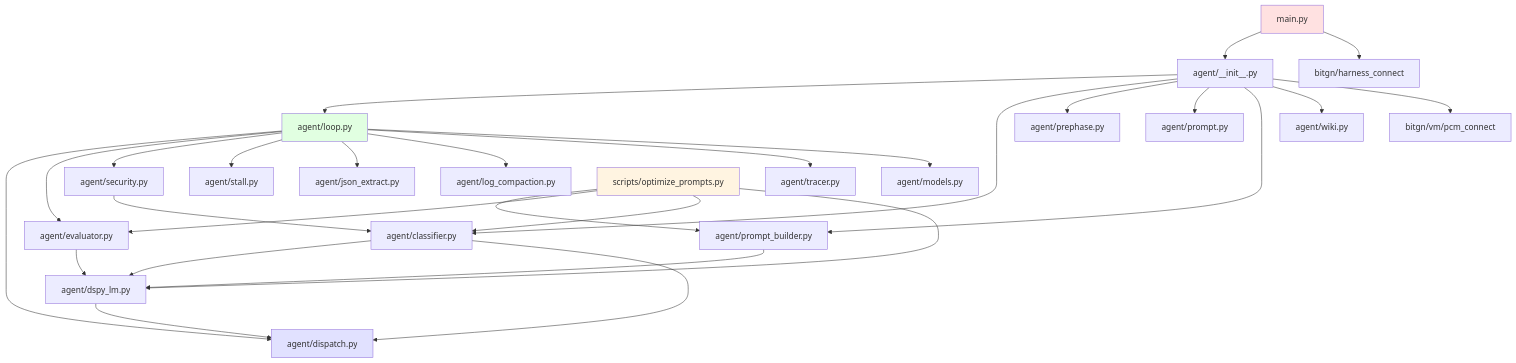
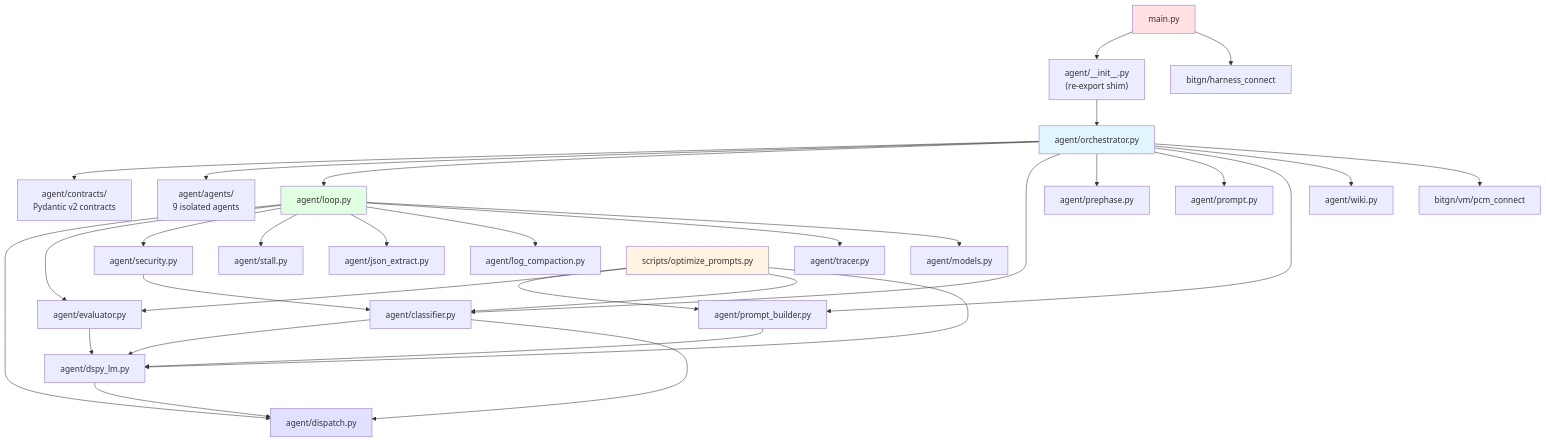
The second of 2 diagrams in docs/architecture/README.md (ikeniborn/pac1-tool), drawn with Mermaid before and after one commit. The commit also changed other lines of this file, not shown here.

Commit message:
docs(arch): update README — add Hub-and-Spoke to module tree and tables

````diff
--- a/docs/architecture/README.md
+++ b/docs/architecture/README.md
@@ -71,40 +72,44 @@
 ```mermaid
 graph TD
-    main[main.py] --> agent_init[agent/__init__.py]
+    main[main.py] --> agent_init["agent/__init__.py\n(re-export shim)"]
     main --> harness[bitgn/harness_connect]
 
-    agent_init --> loop[agent/loop.py]
-    agent_init --> classifier[agent/classifier.py]
-    agent_init --> prephase[agent/prephase.py]
-    agent_init --> prompt[agent/prompt.py]
-    agent_init --> builder[agent/prompt_builder.py]
-    agent_init --> wiki[agent/wiki.py]
-    agent_init --> pcm[bitgn/vm/pcm_connect]
+    agent_init --> orchestrator[agent/orchestrator.py]
+    orchestrator --> contracts["agent/contracts/\nPydantic v2 contracts"]
+    orchestrator --> agents_pkg["agent/agents/\n9 isolated agents"]
+    orchestrator --> loop[agent/loop.py]
+    orchestrator --> classifier[agent/classifier.py]
+    orchestrator --> prephase[agent/prephase.py]
+    orchestrator --> prompt[agent/prompt.py]
+    orchestrator --> builder[agent/prompt_builder.py]
+    orchestrator --> wiki[agent/wiki.py]
+    orchestrator --> pcm[bitgn/vm/pcm_connect]
 
     loop --> dispatch[agent/dispatch.py]
     loop --> evaluator[agent/evaluator.py]
     loop --> security[agent/security.py]
     loop --> stall[agent/stall.py]
     loop --> jsonx[agent/json_extract.py]
     loop --> compact[agent/log_compaction.py]
     loop --> tracer[agent/tracer.py]
     loop --> models[agent/models.py]
 
     builder --> dspy_lm[agent/dspy_lm.py]
     evaluator --> dspy_lm
     classifier --> dspy_lm
     dspy_lm --> dispatch
 
     classifier --> dispatch
     security --> classifier
 
     optimize[scripts/optimize_prompts.py] --> builder
     optimize --> evaluator
     optimize --> classifier
     optimize --> dspy_lm
 
     style main fill:#ffe1e1
+    style orchestrator fill:#e1f5ff
     style loop fill:#e1ffe1
     style dispatch fill:#e1e1ff
     style optimize fill:#fff4e1
 ```
````
